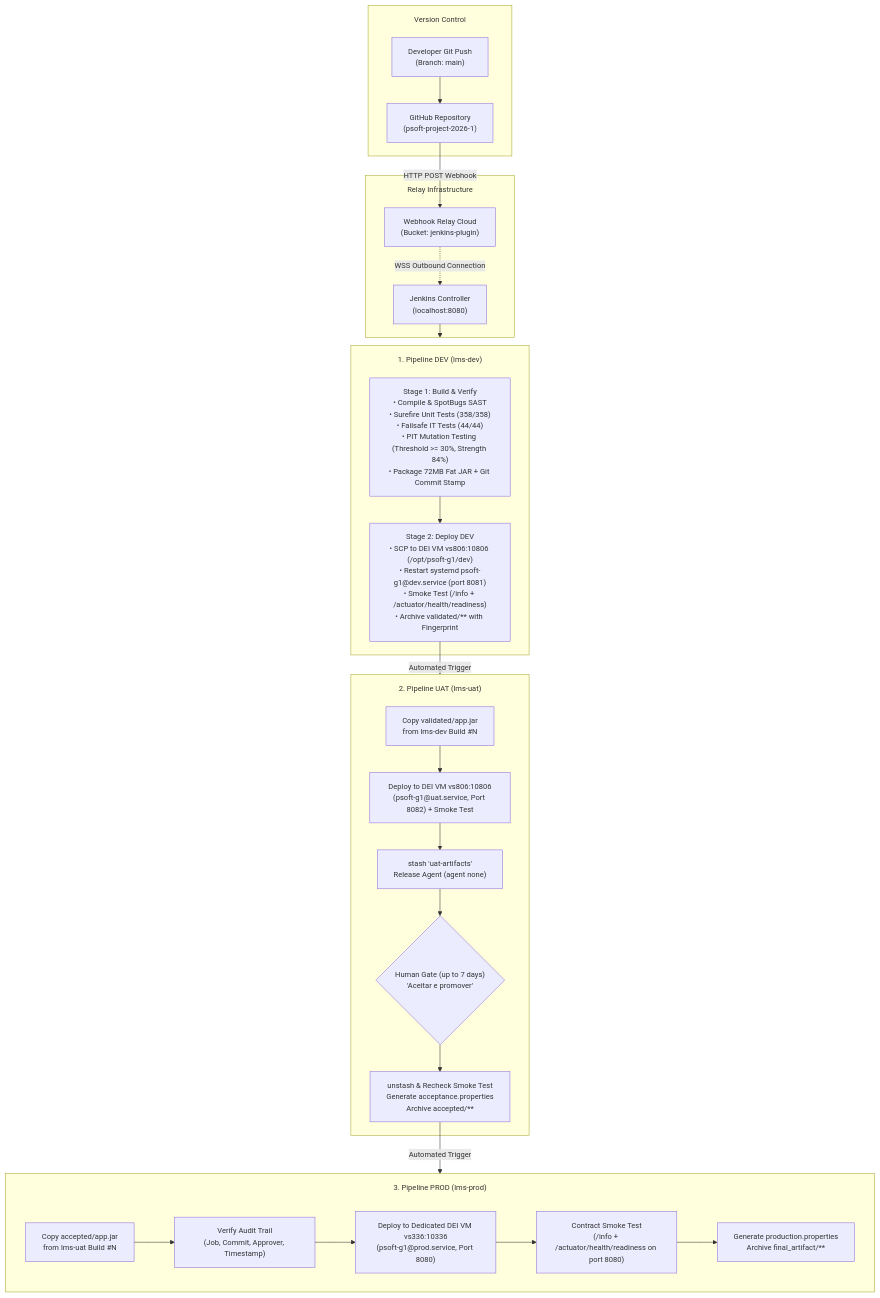
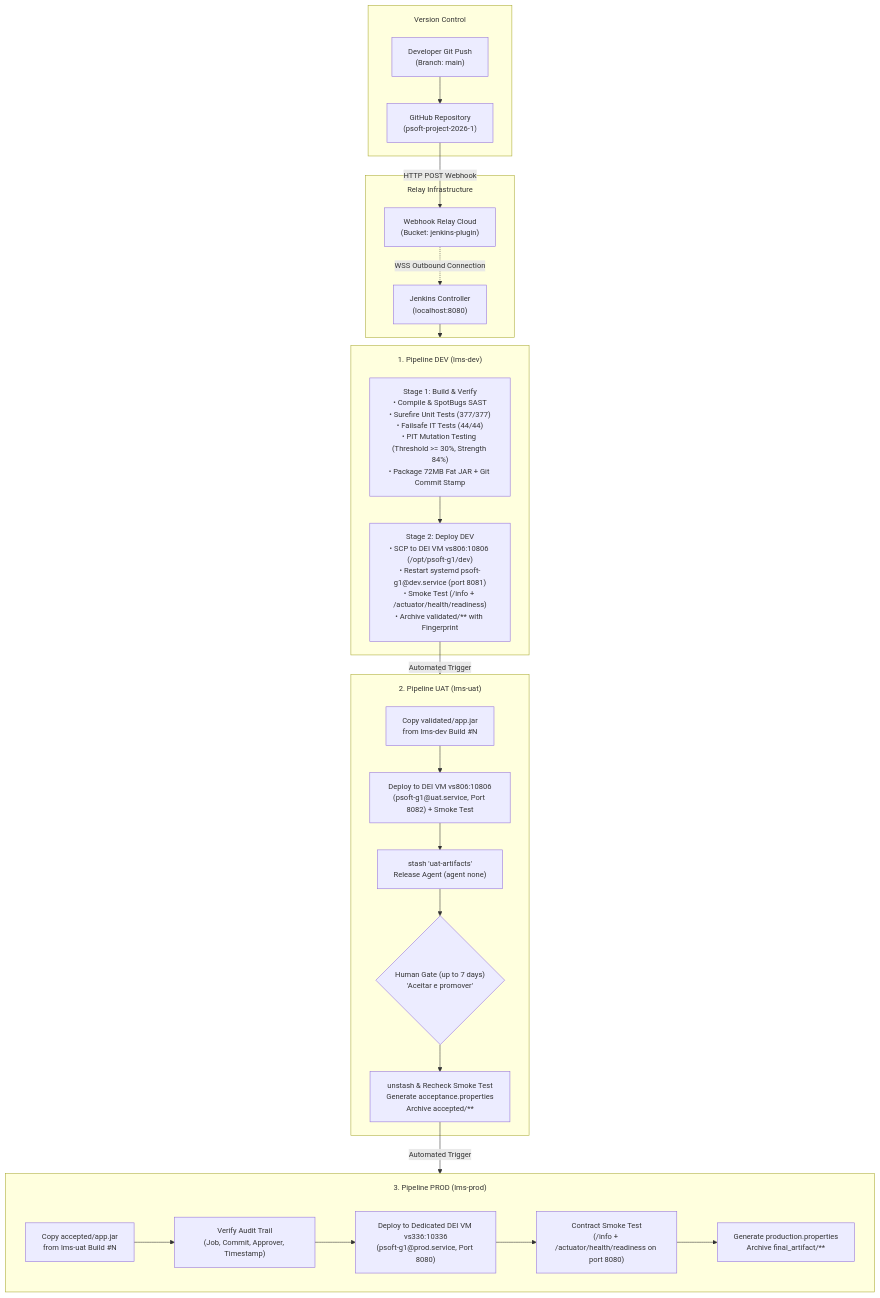
One commit to RafaelBrandao04/psoft-project-2026-1 changed the diagram in Docs/ODSOFT/system-to-be/system-to-be.md. Above: the diagram before and after it, drawn with Mermaid. The commit also changed other lines of this file and 19 other files, not shown here.

````diff
--- a/Docs/ODSOFT/system-to-be/system-to-be.md
+++ b/Docs/ODSOFT/system-to-be/system-to-be.md
@@ -24,42 +24,42 @@
 ```mermaid
 %%{init: {'themeVariables': { 'fontSize': '14px' }, 'flowchart': { 'subGraphTitleMargin': { 'top': 15, 'bottom': 20 } } } }%%
 flowchart TD
     subgraph SCM["Version Control"]
         DEV_PUSH["Developer Git Push<br/>(Branch: main)"] --> GITHUB["GitHub Repository<br/>(psoft-project-2026-1)"]
     end
 
     subgraph Tunnel["Relay Infrastructure"]
         GITHUB -->|HTTP POST Webhook| WHR["Webhook Relay Cloud<br/>(Bucket: jenkins-plugin)"]
         WHR -.->|WSS Outbound Connection| LOCAL_JENKINS["Jenkins Controller<br/>(localhost:8080)"]
     end
 
     subgraph JobDEV["1. Pipeline DEV (lms-dev)"]
-        STAGE_BUILD["Stage 1: Build & Verify<br/>• Compile & SpotBugs SAST<br/>• Surefire Unit Tests (358/358)<br/>• Failsafe IT Tests (44/44)<br/>• PIT Mutation Testing (Threshold >= 30%, Strength 84%)<br/>• Package 72MB Fat JAR + Git Commit Stamp"]
+        STAGE_BUILD["Stage 1: Build & Verify<br/>• Compile & SpotBugs SAST<br/>• Surefire Unit Tests (377/377)<br/>• Failsafe IT Tests (44/44)<br/>• PIT Mutation Testing (Threshold >= 30%, Strength 84%)<br/>• Package 72MB Fat JAR + Git Commit Stamp"]
         STAGE_DEV_DEPLOY["Stage 2: Deploy DEV<br/>• SCP to DEI VM vs806:10806 (/opt/psoft-g1/dev)<br/>• Restart systemd psoft-g1@dev.service (port 8081)<br/>• Smoke Test (/info + /actuator/health/readiness)<br/>• Archive validated/** with Fingerprint"]
         STAGE_BUILD --> STAGE_DEV_DEPLOY
     end
 
     subgraph JobUAT["2. Pipeline UAT (lms-uat)"]
         UAT_COPY["Copy validated/app.jar<br/>from lms-dev Build #N"]
         UAT_DEPLOY["Deploy to DEI VM vs806:10806<br/>(psoft-g1@uat.service, Port 8082) + Smoke Test"]
         UAT_STASH["stash 'uat-artifacts'<br/>Release Agent (agent none)"]
         UAT_INPUT{"Human Gate (up to 7 days)<br/>'Aceitar e promover'"}
         UAT_UNSTASH["unstash & Recheck Smoke Test<br/>Generate acceptance.properties<br/>Archive accepted/**"]
 
         UAT_COPY --> UAT_DEPLOY --> UAT_STASH --> UAT_INPUT --> UAT_UNSTASH
     end
 
     subgraph JobPROD["3. Pipeline PROD (lms-prod)"]
         PROD_COPY["Copy accepted/app.jar<br/>from lms-uat Build #N"]
         PROD_AUDIT["Verify Audit Trail<br/>(Job, Commit, Approver, Timestamp)"]
         PROD_DEPLOY["Deploy to Dedicated DEI VM vs336:10336<br/>(psoft-g1@prod.service, Port 8080)"]
         PROD_SMOKE["Contract Smoke Test<br/>(/info + /actuator/health/readiness on port 8080)"]
         PROD_FINAL["Generate production.properties<br/>Archive final_artifact/**"]
 
         PROD_COPY --> PROD_AUDIT --> PROD_DEPLOY --> PROD_SMOKE --> PROD_FINAL
     end
 
     LOCAL_JENKINS --> JobDEV
     STAGE_DEV_DEPLOY -->|Automated Trigger| JobUAT
     UAT_UNSTASH -->|Automated Trigger| JobPROD
 ```
````
